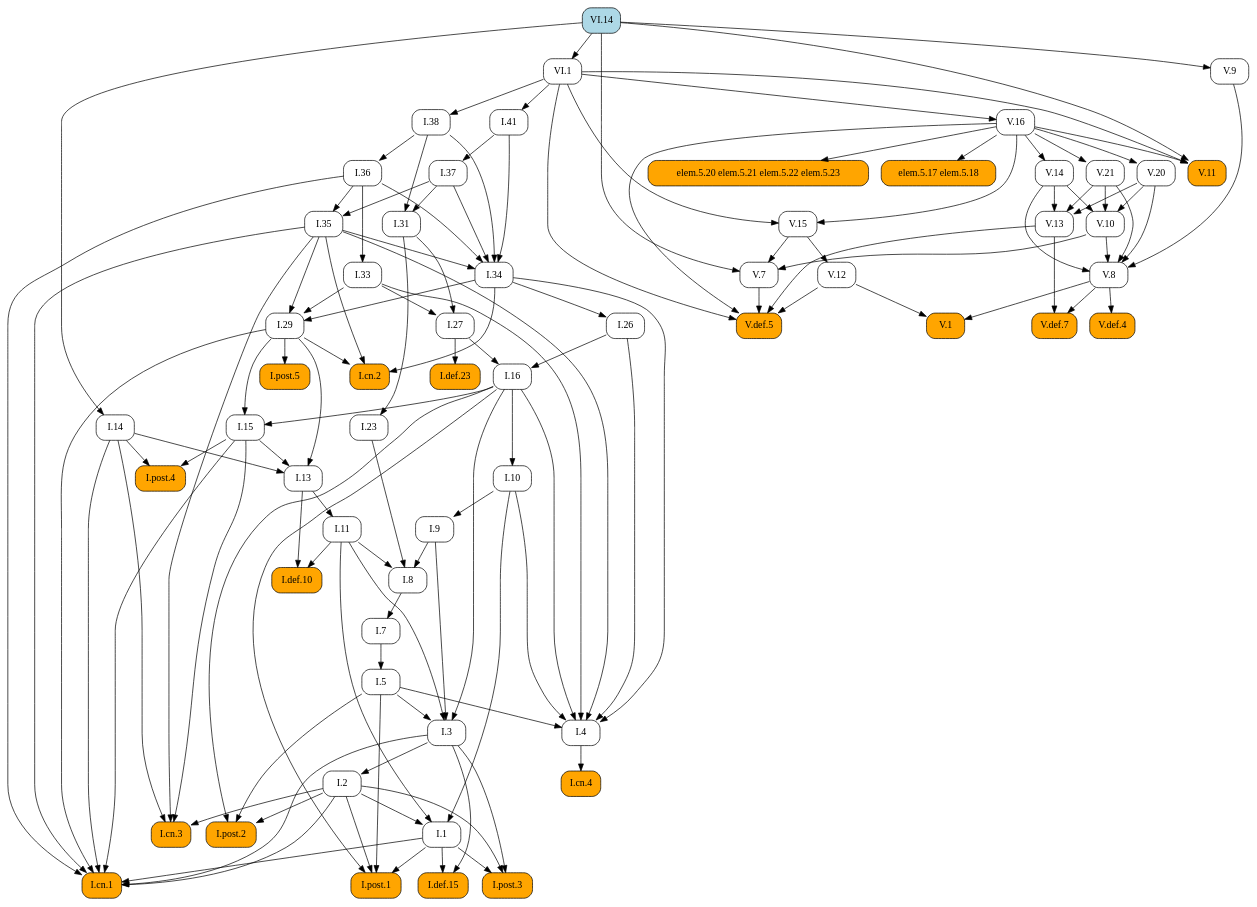
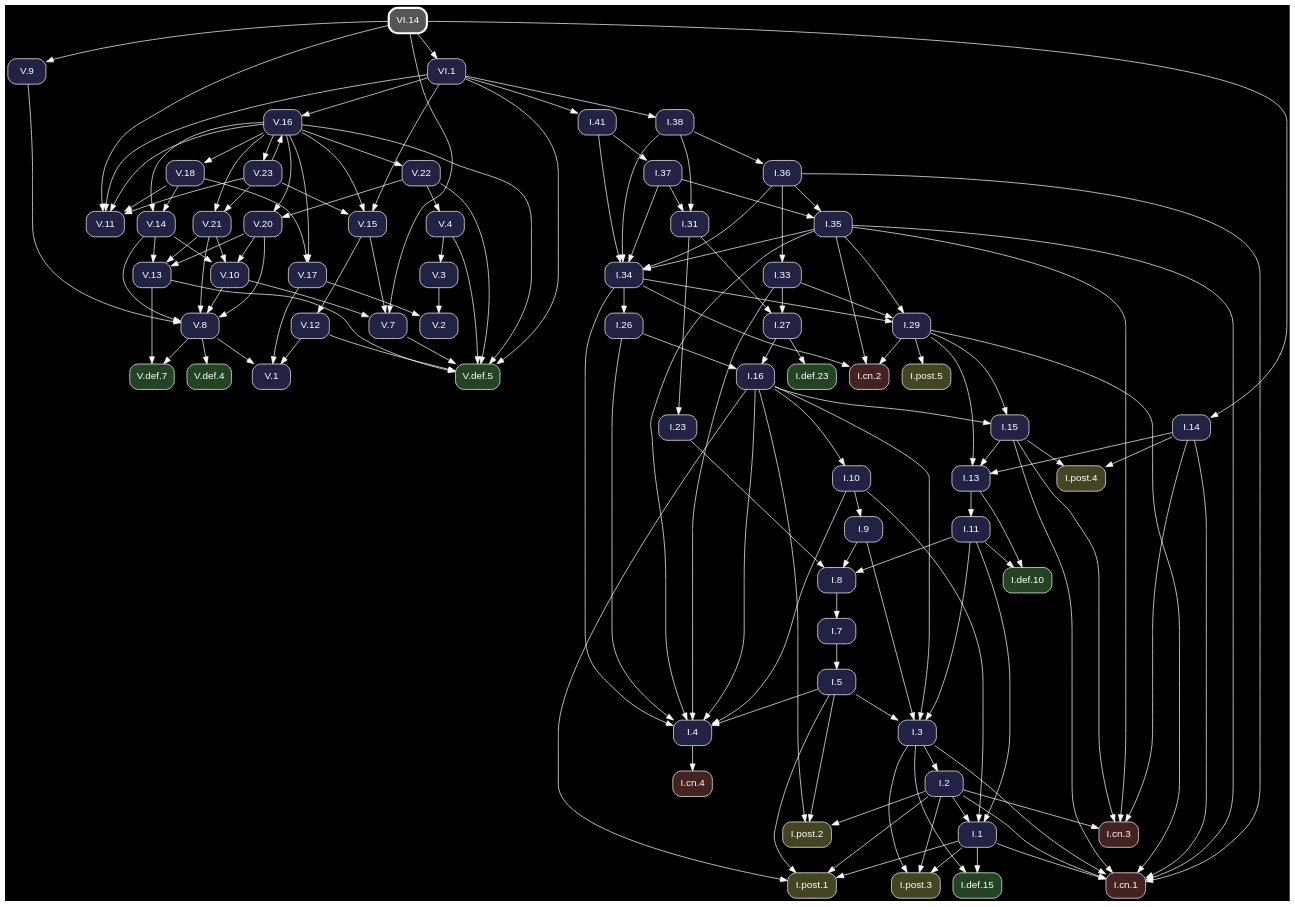
Before and after one commit to geometor/elements: the diagram in docsrc/heath/VI/14/index.rst, drawn with Graphviz. The commit also changed other lines of this file and 1200 other files, not shown here.

Commit message:
update dependency graphs

```diff
--- a/docsrc/heath/VI/14/index.rst
+++ b/docsrc/heath/VI/14/index.rst
@@ -54,121 +54,91 @@
 .. graphviz::
 
    digraph {
+     bgcolor="black";
+     node [shape=box, style="rounded,filled", fontname="Helvetica", color="white", fontcolor="white"];
+     edge [color="white", fontcolor="white"];
      rankdir="TB";
-     node [shape=box, style=rounded];
-     "V.16" [URL="/heath/V/16/", target="_top"];
-     "I.23" [URL="/heath/I/23/", target="_top"];
-     "I.9" [URL="/heath/I/9/", target="_top"];
-     "I.33" [URL="/heath/I/33/", target="_top"];
-     "I.def.15" [style="rounded,filled", fillcolor=orange, URL="/heath/I/def.15/", target="_top"];
-     "V.13" [URL="/heath/V/13/", target="_top"];
-     "V.7" [URL="/heath/V/7/", target="_top"];
-     "elem.5.17 elem.5.18" [style="rounded,filled", fillcolor=orange];
-     "I.post.3" [style="rounded,filled", fillcolor=orange, URL="/heath/I/post.3/", target="_top"];
-     "I.post.1" [style="rounded,filled", fillcolor=orange, URL="/heath/I/post.1/", target="_top"];
-     "V.14" [URL="/heath/V/14/", target="_top"];
-     "V.def.5" [style="rounded,filled", fillcolor=orange, URL="/heath/V/def.5/", target="_top"];
-     "V.9" [URL="/heath/V/9/", target="_top"];
-     "I.31" [URL="/heath/I/31/", target="_top"];
-     "I.def.10" [style="rounded,filled", fillcolor=orange, URL="/heath/I/def.10/", target="_top"];
-     "V.10" [URL="/heath/V/10/", target="_top"];
-     "VI.1" [URL="/heath/VI/1/", target="_top"];
-     "V.20" [URL="/heath/V/20/", target="_top"];
-     "I.27" [URL="/heath/I/27/", target="_top"];
-     "VI.14" [style="rounded,filled", fillcolor=lightblue, URL="/heath/VI/14/", target="_top"];
-     "I.14" [URL="/heath/I/14/", target="_top"];
-     "V.11" [style="rounded,filled", fillcolor=orange, URL="/heath/V/11/", target="_top"];
-     "I.34" [URL="/heath/I/34/", target="_top"];
-     "V.12" [URL="/heath/V/12/", target="_top"];
-     "I.3" [URL="/heath/I/3/", target="_top"];
-     "V.def.4" [style="rounded,filled", fillcolor=orange, URL="/heath/V/def.4/", target="_top"];
-     "I.35" [URL="/heath/I/35/", target="_top"];
-     "I.cn.1" [style="rounded,filled", fillcolor=orange, URL="/heath/I/cn.1/", target="_top"];
-     "V.def.7" [style="rounded,filled", fillcolor=orange, URL="/heath/V/def.7/", target="_top"];
-     "I.7" [URL="/heath/I/7/", target="_top"];
-     "V.21" [URL="/heath/V/21/", target="_top"];
-     "I.2" [URL="/heath/I/2/", target="_top"];
-     "I.36" [URL="/heath/I/36/", target="_top"];
-     "I.13" [URL="/heath/I/13/", target="_top"];
-     "I.post.4" [style="rounded,filled", fillcolor=orange, URL="/heath/I/post.4/", target="_top"];
-     "I.4" [URL="/heath/I/4/", target="_top"];
-     "I.1" [URL="/heath/I/1/", target="_top"];
-     "I.5" [URL="/heath/I/5/", target="_top"];
-     "I.37" [URL="/heath/I/37/", target="_top"];
-     "I.8" [URL="/heath/I/8/", target="_top"];
-     "I.cn.3" [style="rounded,filled", fillcolor=orange, URL="/heath/I/cn.3/", target="_top"];
-     "I.29" [URL="/heath/I/29/", target="_top"];
-     "I.16" [URL="/heath/I/16/", target="_top"];
-     "I.38" [URL="/heath/I/38/", target="_top"];
-     "V.8" [URL="/heath/V/8/", target="_top"];
-     "I.15" [URL="/heath/I/15/", target="_top"];
-     "V.1" [style="rounded,filled", fillcolor=orange, URL="/heath/V/1/", target="_top"];
-     "I.11" [URL="/heath/I/11/", target="_top"];
-     "I.def.23" [style="rounded,filled", fillcolor=orange, URL="/heath/I/def.23/", target="_top"];
-     "I.10" [URL="/heath/I/10/", target="_top"];
-     "I.cn.2" [style="rounded,filled", fillcolor=orange, URL="/heath/I/cn.2/", target="_top"];
-     "I.post.5" [style="rounded,filled", fillcolor=orange, URL="/heath/I/post.5/", target="_top"];
-     "I.cn.4" [style="rounded,filled", fillcolor=orange, URL="/heath/I/cn.4/", target="_top"];
-     "I.41" [URL="/heath/I/41/", target="_top"];
-     "V.15" [URL="/heath/V/15/", target="_top"];
-     "I.post.2" [style="rounded,filled", fillcolor=orange, URL="/heath/I/post.2/", target="_top"];
-     "I.26" [URL="/heath/I/26/", target="_top"];
-     "elem.5.20 elem.5.21 elem.5.22 elem.5.23" [style="rounded,filled", fillcolor=orange];
-     "VI.1" -> "V.16";
-     "I.31" -> "I.23";
-     "I.10" -> "I.9";
-     "I.36" -> "I.33";
-     "I.1" -> "I.def.15";
-     "I.3" -> "I.def.15";
-     "V.14" -> "V.13";
-     "V.20" -> "V.13";
-     "V.21" -> "V.13";
-     "V.10" -> "V.7";
-     "V.15" -> "V.7";
-     "VI.14" -> "V.7";
-     "V.16" -> "elem.5.17 elem.5.18";
-     "I.1" -> "I.post.3";
-     "I.2" -> "I.post.3";
-     "I.3" -> "I.post.3";
-     "I.1" -> "I.post.1";
-     "I.2" -> "I.post.1";
-     "I.5" -> "I.post.1";
-     "I.16" -> "I.post.1";
-     "V.16" -> "V.14";
+     "V.15" [fillcolor="#222244", URL="/heath/V/15/", target="_top"];
+     "V.def.5" [fillcolor="#224422", URL="/heath/V/def.5/", target="_top"];
+     "V.22" [fillcolor="#222244", URL="/heath/V/22/", target="_top"];
+     "I.31" [fillcolor="#222244", URL="/heath/I/31/", target="_top"];
+     "I.3" [fillcolor="#222244", URL="/heath/I/3/", target="_top"];
+     "V.12" [fillcolor="#222244", URL="/heath/V/12/", target="_top"];
+     "I.cn.1" [fillcolor="#442222", URL="/heath/I/cn.1/", target="_top"];
+     "I.def.10" [fillcolor="#224422", URL="/heath/I/def.10/", target="_top"];
+     "V.18" [fillcolor="#222244", URL="/heath/V/18/", target="_top"];
+     "V.14" [fillcolor="#222244", URL="/heath/V/14/", target="_top"];
+     "I.15" [fillcolor="#222244", URL="/heath/I/15/", target="_top"];
+     "I.13" [fillcolor="#222244", URL="/heath/I/13/", target="_top"];
+     "I.27" [fillcolor="#222244", URL="/heath/I/27/", target="_top"];
+     "V.23" [fillcolor="#222244", URL="/heath/V/23/", target="_top"];
+     "I.2" [fillcolor="#222244", URL="/heath/I/2/", target="_top"];
+     "I.41" [fillcolor="#222244", URL="/heath/I/41/", target="_top"];
+     "I.cn.2" [fillcolor="#442222", URL="/heath/I/cn.2/", target="_top"];
+     "I.9" [fillcolor="#222244", URL="/heath/I/9/", target="_top"];
+     "I.1" [fillcolor="#222244", URL="/heath/I/1/", target="_top"];
+     "I.post.5" [fillcolor="#444422", URL="/heath/I/post.5/", target="_top"];
+     "VI.14" [penwidth=3, color="white", fillcolor="#555555", URL="/heath/VI/14/", target="_top"];
+     "I.post.4" [fillcolor="#444422", URL="/heath/I/post.4/", target="_top"];
+     "I.23" [fillcolor="#222244", URL="/heath/I/23/", target="_top"];
+     "I.26" [fillcolor="#222244", URL="/heath/I/26/", target="_top"];
+     "I.8" [fillcolor="#222244", URL="/heath/I/8/", target="_top"];
+     "I.4" [fillcolor="#222244", URL="/heath/I/4/", target="_top"];
+     "V.4" [fillcolor="#222244", URL="/heath/V/4/", target="_top"];
+     "V.16" [fillcolor="#222244", URL="/heath/V/16/", target="_top"];
+     "I.7" [fillcolor="#222244", URL="/heath/I/7/", target="_top"];
+     "V.7" [fillcolor="#222244", URL="/heath/V/7/", target="_top"];
+     "I.5" [fillcolor="#222244", URL="/heath/I/5/", target="_top"];
+     "V.9" [fillcolor="#222244", URL="/heath/V/9/", target="_top"];
+     "VI.1" [fillcolor="#222244", URL="/heath/VI/1/", target="_top"];
+     "I.10" [fillcolor="#222244", URL="/heath/I/10/", target="_top"];
+     "V.11" [fillcolor="#222244", URL="/heath/V/11/", target="_top"];
+     "V.def.7" [fillcolor="#224422", URL="/heath/V/def.7/", target="_top"];
+     "V.def.4" [fillcolor="#224422", URL="/heath/V/def.4/", target="_top"];
+     "V.20" [fillcolor="#222244", URL="/heath/V/20/", target="_top"];
+     "I.post.1" [fillcolor="#444422", URL="/heath/I/post.1/", target="_top"];
+     "I.11" [fillcolor="#222244", URL="/heath/I/11/", target="_top"];
+     "I.37" [fillcolor="#222244", URL="/heath/I/37/", target="_top"];
+     "I.16" [fillcolor="#222244", URL="/heath/I/16/", target="_top"];
+     "I.cn.3" [fillcolor="#442222", URL="/heath/I/cn.3/", target="_top"];
+     "I.36" [fillcolor="#222244", URL="/heath/I/36/", target="_top"];
+     "I.38" [fillcolor="#222244", URL="/heath/I/38/", target="_top"];
+     "I.29" [fillcolor="#222244", URL="/heath/I/29/", target="_top"];
+     "I.post.2" [fillcolor="#444422", URL="/heath/I/post.2/", target="_top"];
+     "I.cn.4" [fillcolor="#442222", URL="/heath/I/cn.4/", target="_top"];
+     "I.def.23" [fillcolor="#224422", URL="/heath/I/def.23/", target="_top"];
+     "I.14" [fillcolor="#222244", URL="/heath/I/14/", target="_top"];
+     "V.1" [fillcolor="#222244", URL="/heath/V/1/", target="_top"];
+     "I.35" [fillcolor="#222244", URL="/heath/I/35/", target="_top"];
+     "V.2" [fillcolor="#222244", URL="/heath/V/2/", target="_top"];
+     "I.post.3" [fillcolor="#444422", URL="/heath/I/post.3/", target="_top"];
+     "V.13" [fillcolor="#222244", URL="/heath/V/13/", target="_top"];
+     "V.8" [fillcolor="#222244", URL="/heath/V/8/", target="_top"];
+     "V.21" [fillcolor="#222244", URL="/heath/V/21/", target="_top"];
+     "I.33" [fillcolor="#222244", URL="/heath/I/33/", target="_top"];
+     "I.34" [fillcolor="#222244", URL="/heath/I/34/", target="_top"];
+     "I.def.15" [fillcolor="#224422", URL="/heath/I/def.15/", target="_top"];
+     "V.3" [fillcolor="#222244", URL="/heath/V/3/", target="_top"];
+     "V.17" [fillcolor="#222244", URL="/heath/V/17/", target="_top"];
+     "V.10" [fillcolor="#222244", URL="/heath/V/10/", target="_top"];
+     "V.16" -> "V.15";
+     "V.23" -> "V.15";
+     "VI.1" -> "V.15";
+     "V.4" -> "V.def.5";
      "V.7" -> "V.def.5";
      "V.12" -> "V.def.5";
      "V.13" -> "V.def.5";
      "V.16" -> "V.def.5";
+     "V.22" -> "V.def.5";
      "VI.1" -> "V.def.5";
-     "VI.14" -> "V.9";
+     "V.16" -> "V.22";
      "I.37" -> "I.31";
      "I.38" -> "I.31";
-     "I.11" -> "I.def.10";
-     "I.13" -> "I.def.10";
-     "V.14" -> "V.10";
-     "V.20" -> "V.10";
-     "V.21" -> "V.10";
-     "VI.14" -> "VI.1";
-     "V.16" -> "V.20";
-     "I.31" -> "I.27";
-     "I.33" -> "I.27";
-     "VI.14" -> "I.14";
-     "V.16" -> "V.11";
-     "VI.1" -> "V.11";
-     "VI.14" -> "V.11";
-     "I.35" -> "I.34";
-     "I.36" -> "I.34";
-     "I.37" -> "I.34";
-     "I.38" -> "I.34";
-     "I.41" -> "I.34";
-     "V.15" -> "V.12";
      "I.5" -> "I.3";
      "I.9" -> "I.3";
      "I.11" -> "I.3";
      "I.16" -> "I.3";
-     "V.8" -> "V.def.4";
-     "I.36" -> "I.35";
-     "I.37" -> "I.35";
+     "V.15" -> "V.12";
      "I.1" -> "I.cn.1";
      "I.2" -> "I.cn.1";
      "I.3" -> "I.cn.1";
@@ -177,17 +147,36 @@
      "I.29" -> "I.cn.1";
      "I.35" -> "I.cn.1";
      "I.36" -> "I.cn.1";
-     "V.8" -> "V.def.7";
-     "V.13" -> "V.def.7";
-     "I.8" -> "I.7";
-     "V.16" -> "V.21";
-     "I.3" -> "I.2";
-     "I.38" -> "I.36";
+     "I.11" -> "I.def.10";
+     "I.13" -> "I.def.10";
+     "V.16" -> "V.18";
+     "V.16" -> "V.14";
+     "V.18" -> "V.14";
+     "I.16" -> "I.15";
+     "I.29" -> "I.15";
      "I.14" -> "I.13";
      "I.15" -> "I.13";
      "I.29" -> "I.13";
+     "I.31" -> "I.27";
+     "I.33" -> "I.27";
+     "V.16" -> "V.23";
+     "I.3" -> "I.2";
+     "VI.1" -> "I.41";
+     "I.29" -> "I.cn.2";
+     "I.34" -> "I.cn.2";
+     "I.35" -> "I.cn.2";
+     "I.10" -> "I.9";
+     "I.2" -> "I.1";
+     "I.10" -> "I.1";
+     "I.11" -> "I.1";
+     "I.29" -> "I.post.5";
      "I.14" -> "I.post.4";
      "I.15" -> "I.post.4";
+     "I.31" -> "I.23";
+     "I.34" -> "I.26";
+     "I.9" -> "I.8";
+     "I.11" -> "I.8";
+     "I.23" -> "I.8";
      "I.5" -> "I.4";
      "I.10" -> "I.4";
      "I.16" -> "I.4";
@@ -195,47 +184,82 @@
      "I.33" -> "I.4";
      "I.34" -> "I.4";
      "I.35" -> "I.4";
-     "I.2" -> "I.1";
-     "I.10" -> "I.1";
-     "I.11" -> "I.1";
+     "V.22" -> "V.4";
+     "V.23" -> "V.16";
+     "VI.1" -> "V.16";
+     "I.8" -> "I.7";
+     "V.10" -> "V.7";
+     "V.15" -> "V.7";
+     "VI.14" -> "V.7";
      "I.7" -> "I.5";
+     "VI.14" -> "V.9";
+     "VI.14" -> "VI.1";
+     "I.16" -> "I.10";
+     "V.16" -> "V.11";
+     "V.18" -> "V.11";
+     "V.23" -> "V.11";
+     "VI.1" -> "V.11";
+     "VI.14" -> "V.11";
+     "V.8" -> "V.def.7";
+     "V.13" -> "V.def.7";
+     "V.8" -> "V.def.4";
+     "V.16" -> "V.20";
+     "V.22" -> "V.20";
+     "I.1" -> "I.post.1";
+     "I.2" -> "I.post.1";
+     "I.5" -> "I.post.1";
+     "I.16" -> "I.post.1";
+     "I.13" -> "I.11";
      "I.41" -> "I.37";
-     "I.9" -> "I.8";
-     "I.11" -> "I.8";
-     "I.23" -> "I.8";
+     "I.26" -> "I.16";
+     "I.27" -> "I.16";
      "I.2" -> "I.cn.3";
      "I.14" -> "I.cn.3";
      "I.15" -> "I.cn.3";
      "I.35" -> "I.cn.3";
+     "I.38" -> "I.36";
+     "VI.1" -> "I.38";
      "I.33" -> "I.29";
      "I.34" -> "I.29";
      "I.35" -> "I.29";
-     "I.26" -> "I.16";
-     "I.27" -> "I.16";
-     "VI.1" -> "I.38";
+     "I.2" -> "I.post.2";
+     "I.5" -> "I.post.2";
+     "I.16" -> "I.post.2";
+     "I.4" -> "I.cn.4";
+     "I.27" -> "I.def.23";
+     "VI.14" -> "I.14";
+     "V.8" -> "V.1";
+     "V.12" -> "V.1";
+     "V.17" -> "V.1";
+     "I.36" -> "I.35";
+     "I.37" -> "I.35";
+     "V.3" -> "V.2";
+     "V.17" -> "V.2";
+     "I.1" -> "I.post.3";
+     "I.2" -> "I.post.3";
+     "I.3" -> "I.post.3";
+     "V.14" -> "V.13";
+     "V.20" -> "V.13";
+     "V.21" -> "V.13";
      "V.9" -> "V.8";
      "V.10" -> "V.8";
      "V.14" -> "V.8";
      "V.20" -> "V.8";
      "V.21" -> "V.8";
-     "I.16" -> "I.15";
-     "I.29" -> "I.15";
-     "V.8" -> "V.1";
-     "V.12" -> "V.1";
-     "I.13" -> "I.11";
-     "I.27" -> "I.def.23";
-     "I.16" -> "I.10";
-     "I.29" -> "I.cn.2";
-     "I.34" -> "I.cn.2";
-     "I.35" -> "I.cn.2";
-     "I.29" -> "I.post.5";
-     "I.4" -> "I.cn.4";
-     "VI.1" -> "I.41";
-     "V.16" -> "V.15";
-     "VI.1" -> "V.15";
-     "I.2" -> "I.post.2";
-     "I.5" -> "I.post.2";
-     "I.16" -> "I.post.2";
-     "I.34" -> "I.26";
-     "V.16" -> "elem.5.20 elem.5.21 elem.5.22 elem.5.23";
+     "V.16" -> "V.21";
+     "V.23" -> "V.21";
+     "I.36" -> "I.33";
+     "I.35" -> "I.34";
+     "I.36" -> "I.34";
+     "I.37" -> "I.34";
+     "I.38" -> "I.34";
+     "I.41" -> "I.34";
+     "I.1" -> "I.def.15";
+     "I.3" -> "I.def.15";
+     "V.4" -> "V.3";
+     "V.16" -> "V.17";
+     "V.18" -> "V.17";
+     "V.14" -> "V.10";
+     "V.20" -> "V.10";
+     "V.21" -> "V.10";
    }
```
